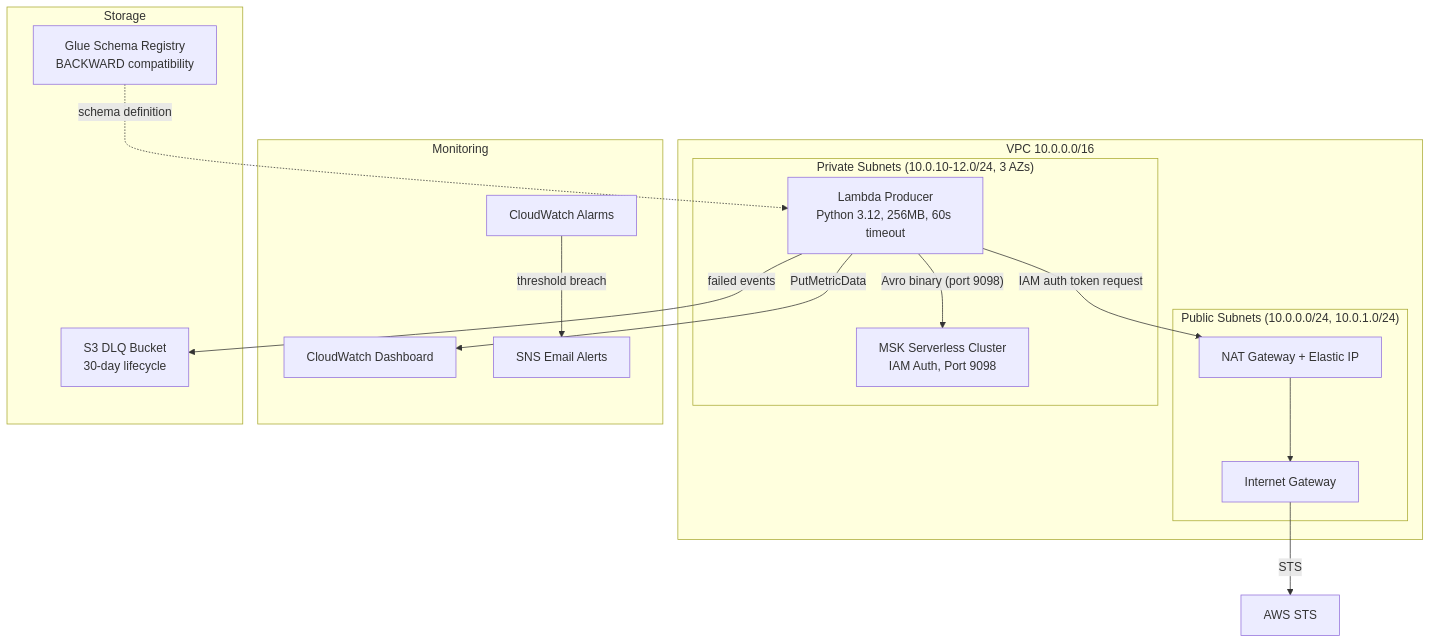
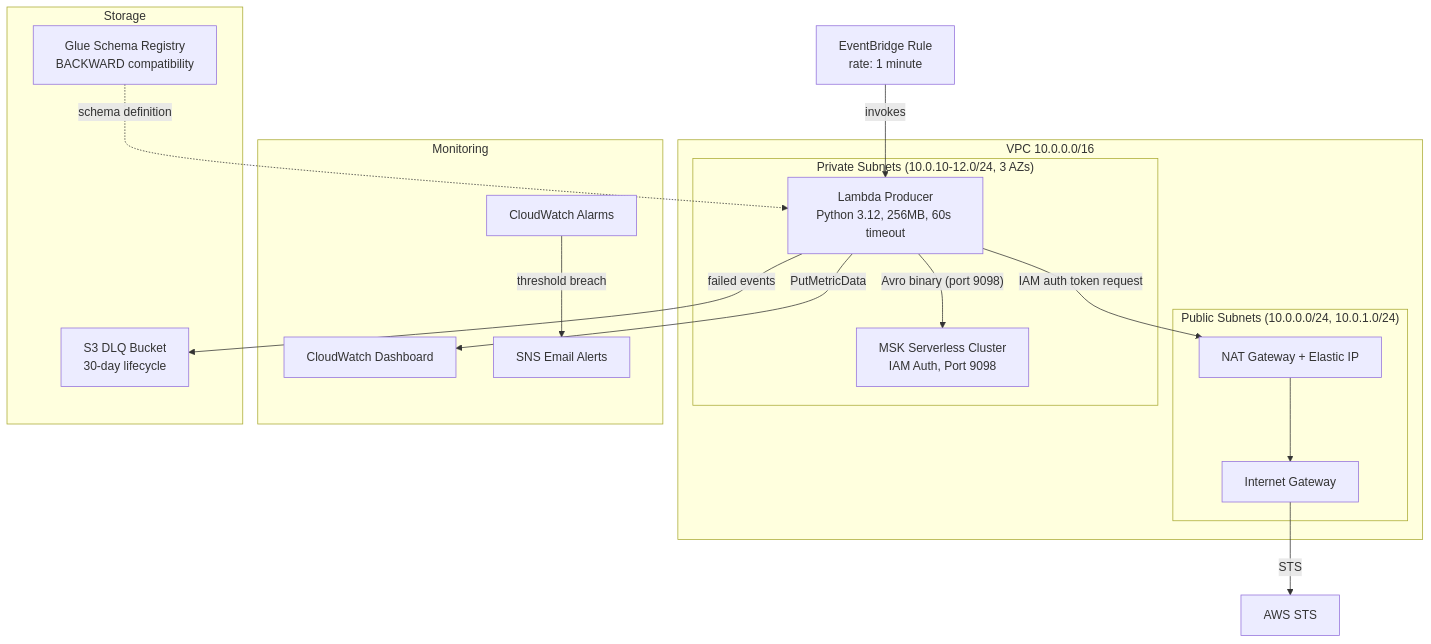
Before and after one commit to VIVEK-JADHAV/realtime-streaming-platform: the diagram in README.md, drawn with Mermaid. The commit also changed other lines of this file and 2 other files, not shown here.

First line of the commit message:
feat: add EventBridge scheduled trigger for producer Lambda

````diff
--- a/README.md
+++ b/README.md
@@ -7,33 +7,35 @@
 ```mermaid
 graph TD
+    EB[EventBridge Rule<br/>rate: 1 minute] -->|invokes| Lambda
+
     subgraph VPC ["VPC 10.0.0.0/16"]
         subgraph Public ["Public Subnets (10.0.0.0/24, 10.0.1.0/24)"]
             IGW[Internet Gateway]
             NAT[NAT Gateway + Elastic IP]
         end
         subgraph Private ["Private Subnets (10.0.10-12.0/24, 3 AZs)"]
             Lambda[Lambda Producer<br/>Python 3.12, 256MB, 60s timeout]
             MSK[MSK Serverless Cluster<br/>IAM Auth, Port 9098]
         end
     end
 
     subgraph Monitoring
         CW[CloudWatch Dashboard]
         Alarms[CloudWatch Alarms]
         SNS[SNS Email Alerts]
     end
 
     subgraph Storage
         S3[S3 DLQ Bucket<br/>30-day lifecycle]
         Glue[Glue Schema Registry<br/>BACKWARD compatibility]
     end
 
     Lambda -->|"Avro binary (port 9098)"| MSK
     Lambda -->|"IAM auth token request"| NAT
     NAT --> IGW
     IGW -->|STS| AWS[AWS STS]
     Lambda -->|"failed events"| S3
     Lambda -->|"PutMetricData"| CW
     Alarms -->|"threshold breach"| SNS
     Glue -.->|"schema definition"| Lambda
 ```
````
